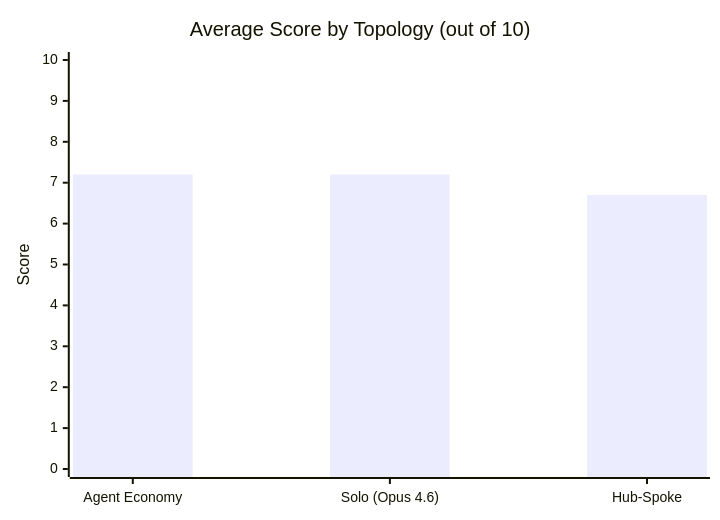
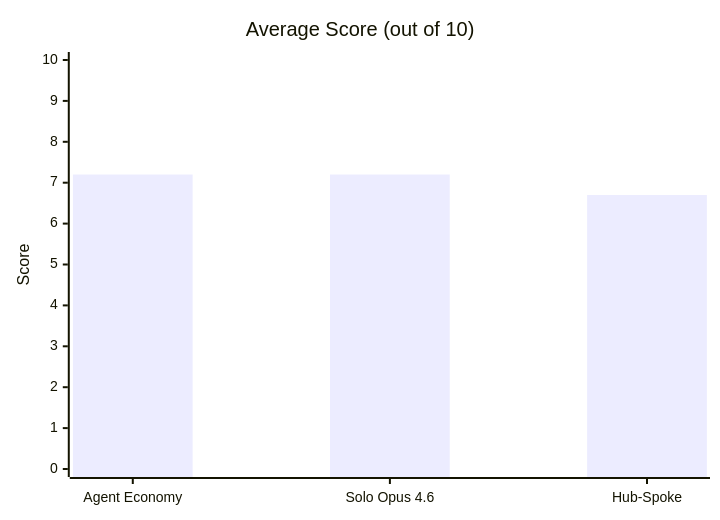
Before and after one commit to vivien98/hub-vs-spoke: the second of 4 diagrams in README.md, drawn with Mermaid. The commit also changed other lines of this file, not shown here.

First line of the commit message:
docs: rewrite README with both experiments, takeaways, mermaid charts

````diff
--- a/README.md
+++ b/README.md
@@ -7,11 +19,7 @@
 ```mermaid
----
-config:
-  theme: default
----
 xychart-beta
-    title "Average Score by Topology (out of 10)"
-    x-axis ["Agent Economy", "Solo (Opus 4.6)", "Hub-Spoke"]
+    title "Average Score (out of 10)"
+    x-axis ["Agent Economy", "Solo Opus 4.6", "Hub-Spoke"]
     y-axis "Score" 0 --> 10
     bar [7.2, 7.2, 6.7]
 ```
````
